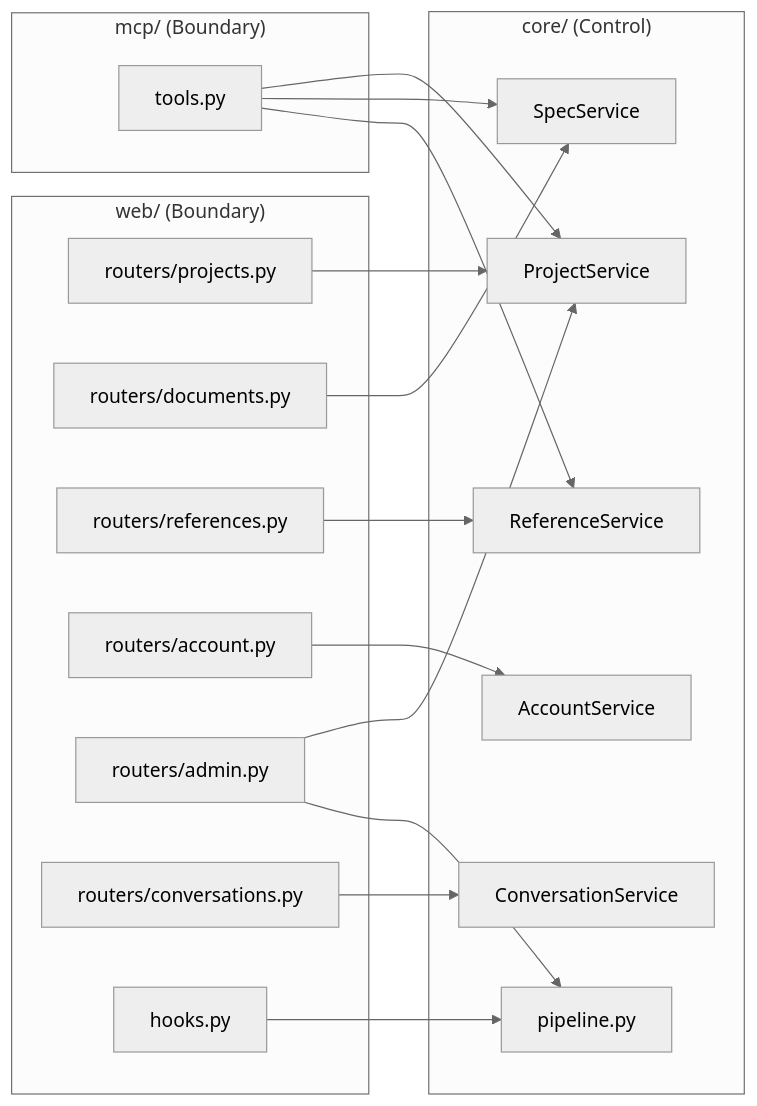
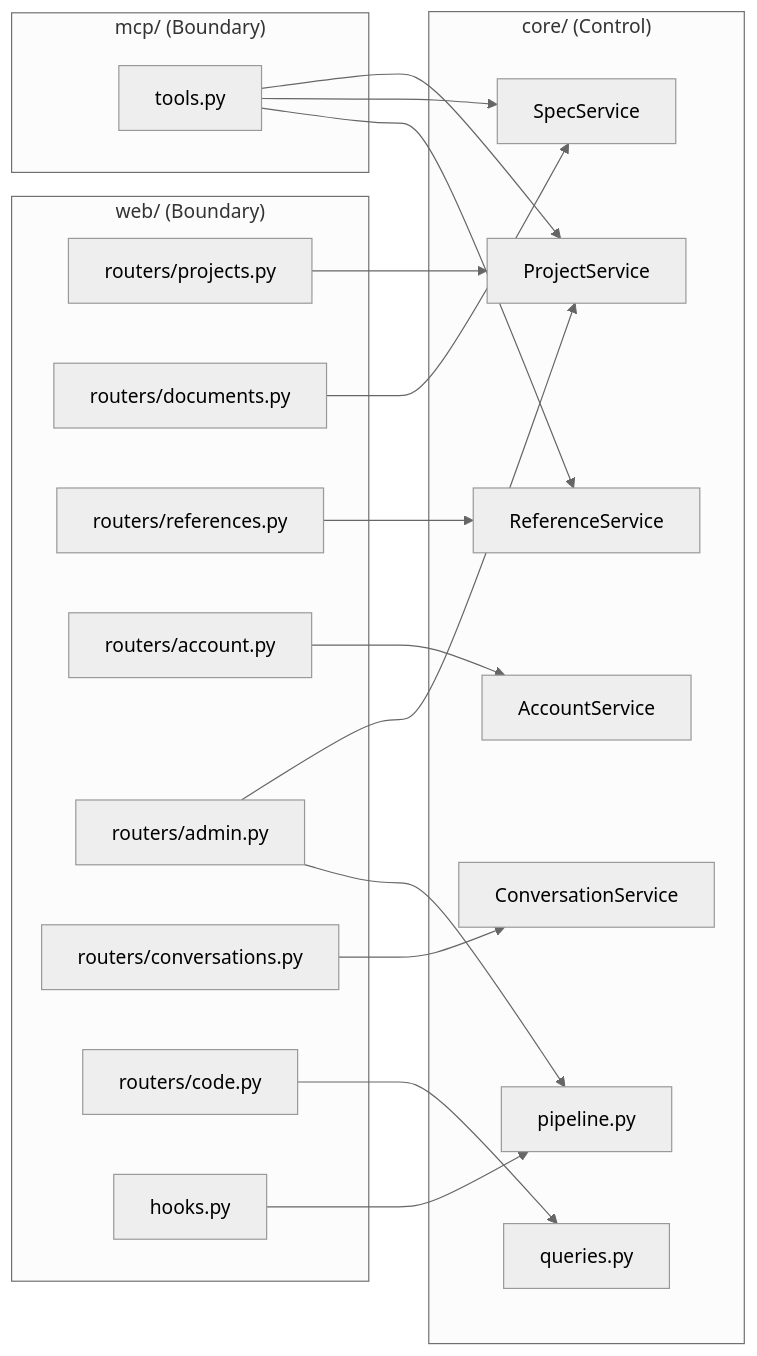
Diagram 15 of 22 in docs/specs/06-DOM/SYNC-DOM-002.md (HoyoungParkme/syncdoc), drawn with Mermaid (neutral theme) before and after one commit. The commit also changed other lines of this file, not shown here.

Commit message:
spec(SYNC-DOM-002): Code DTO · routers/code.py · queries 셋 · CodeGraphService.read

````diff
--- a/docs/specs/06-DOM/SYNC-DOM-002.md
+++ b/docs/specs/06-DOM/SYNC-DOM-002.md
@@ -558,34 +565,37 @@
 ```mermaid
 flowchart LR
     subgraph web["web/ (Boundary)"]
         rp[routers/projects.py]
         rd[routers/documents.py]
         rr[routers/references.py]
         ra[routers/account.py]
         rad[routers/admin.py]
         rc[routers/conversations.py]
+        rcg[routers/code.py]
         hk[hooks.py]
     end
     subgraph mcp["mcp/ (Boundary)"]
         mt[tools.py]
     end
     subgraph core["core/ (Control)"]
         PS[ProjectService]
         SS[SpecService]
         RS[ReferenceService]
         AS[AccountService]
         CS[ConversationService]
         PL[pipeline.py]
+        QRB[queries.py]
     end
     rp --> PS
     rd --> SS
     rr --> RS
     ra --> AS
     rad --> PS
     rad --> PL
     rc --> CS
+    rcg --> QRB
     hk --> PL
     mt --> PS
     mt --> SS
     mt --> RS
 ```
````
